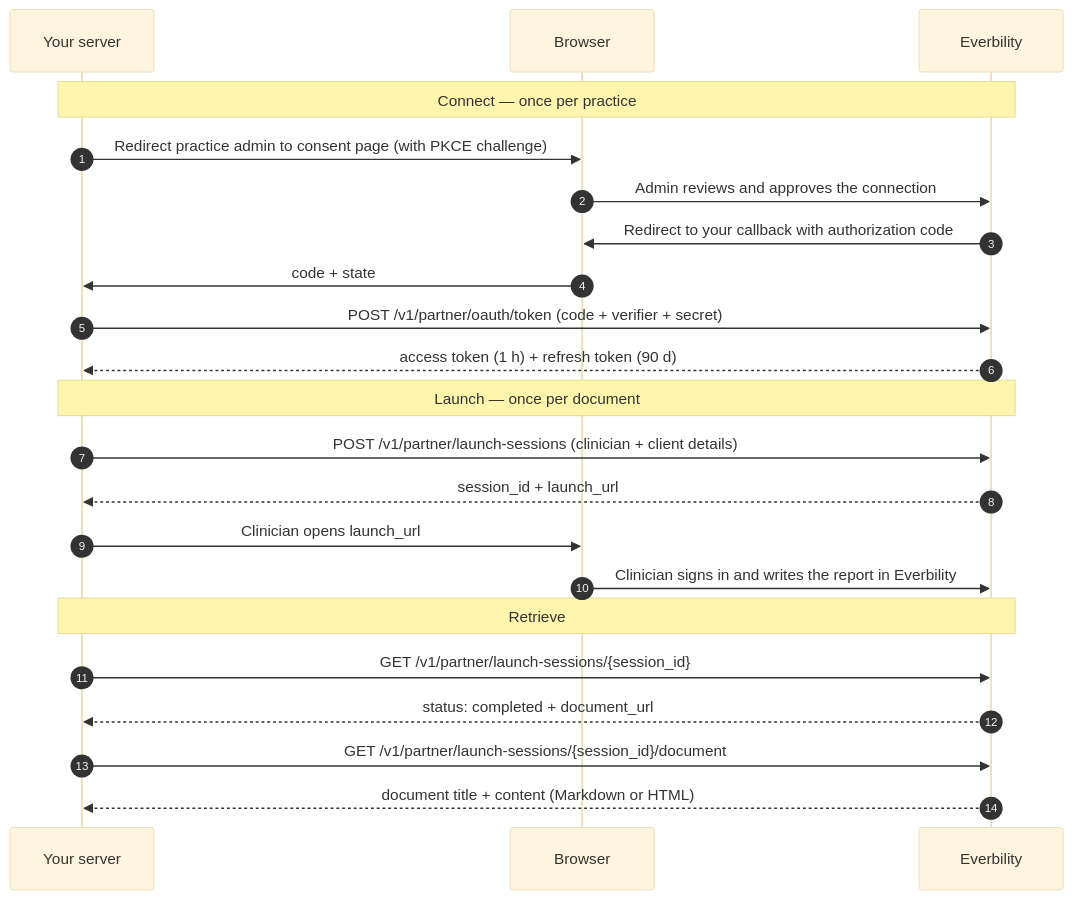
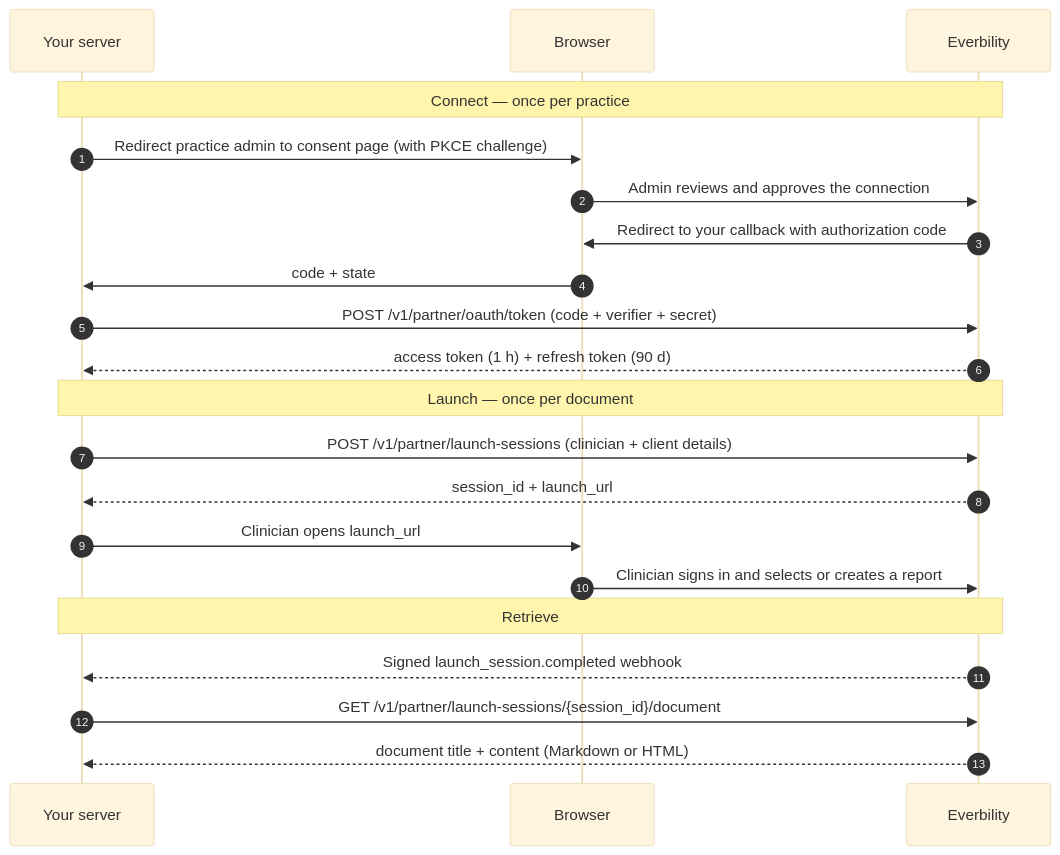
The diagram in developer-docs/partner/index.mdx (Everbility/docs), drawn with Mermaid (base theme) before and after one commit. The commit also changed other lines of this file and 6 other files, not shown here.

Commit message:
Document partner webhooks and launch behavior

````diff
--- a/developer-docs/partner/index.mdx
+++ b/developer-docs/partner/index.mdx
@@ -17,27 +17,26 @@
 ```mermaid
 sequenceDiagram
     autonumber
     participant P as Your server
     participant B as Browser
     participant E as Everbility
 
     Note over P,E: Connect — once per practice
     P->>B: Redirect practice admin to consent page (with PKCE challenge)
     B->>E: Admin reviews and approves the connection
     E->>B: Redirect to your callback with authorization code
     B->>P: code + state
     P->>E: POST /v1/partner/oauth/token (code + verifier + secret)
     E-->>P: access token (1 h) + refresh token (90 d)
 
     Note over P,E: Launch — once per document
     P->>E: POST /v1/partner/launch-sessions (clinician + client details)
     E-->>P: session_id + launch_url
     P->>B: Clinician opens launch_url
-    B->>E: Clinician signs in and writes the report in Everbility
+    B->>E: Clinician signs in and selects or creates a report
 
     Note over P,E: Retrieve
-    P->>E: GET /v1/partner/launch-sessions/{session_id}
-    E-->>P: status: completed + document_url
+    E-->>P: Signed launch_session.completed webhook
     P->>E: GET /v1/partner/launch-sessions/{session_id}/document
     E-->>P: document title + content (Markdown or HTML)
 ```
````
